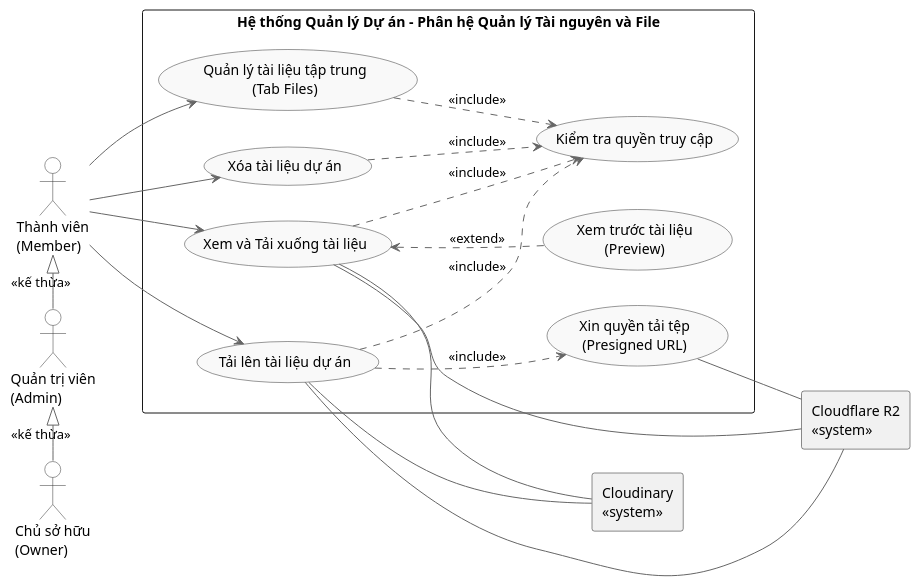
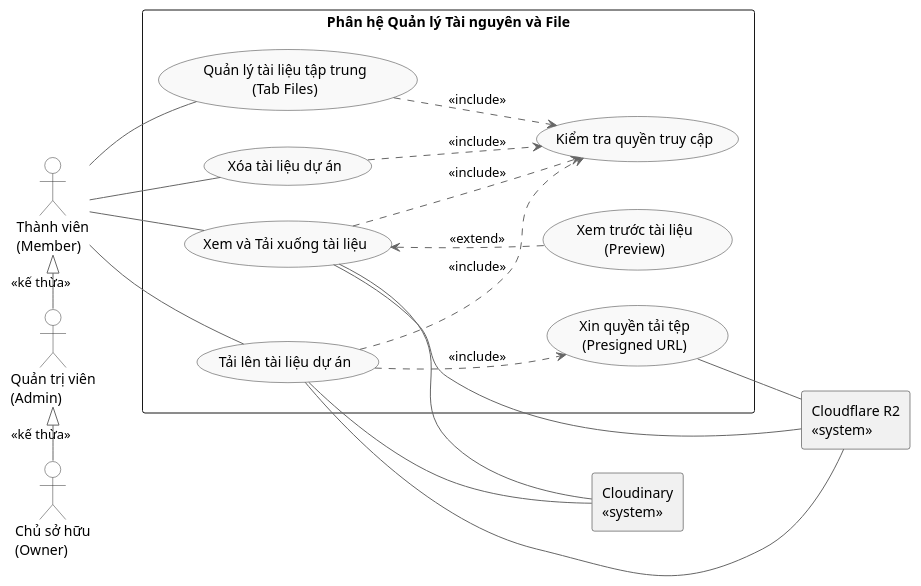
One commit to CongDanhIT/project-management-system-teamwork changed the diagram in tài liệu phân tích giai đoạn cuối/Function_AssetManagement.puml. Above: the diagram before and after it, drawn with PlantUML. The commit also changed 69 other files, not shown here.

First line of the commit message:
feat(analytics): nâng cấp hệ thống phân tích AI chuyên sâu và tối ưu xuất báo cáo Word

```diff
--- a/tài liệu phân tích giai đoạn cuối/Function_AssetManagement.puml
+++ b/tài liệu phân tích giai đoạn cuối/Function_AssetManagement.puml
@@ -1,69 +1,69 @@
 @startuml
 left to right direction
 skinparam packageStyle rectangle
 skinparam usecase {
     BackgroundColor #f9f9f9
     BorderColor #333333
     ArrowColor #666666
 }
 skinparam actor {
     BackgroundColor #ffffff
     BorderColor #333333
 }
 
 ' Định nghĩa các Actor con người (Human Actors)
 actor "Chủ sở hữu\n(Owner)" as Owner
 actor "Quản trị viên\n(Admin)" as Admin
 actor "Thành viên\n(Member)" as Member
 
 ' Định nghĩa Tác nhân hệ thống ngoài (External System Actors) dưới dạng hình chữ nhật
 rectangle "Cloudflare R2\n<<system>>" as R2
 rectangle "Cloudinary\n<<system>>" as Cloudinary
 
 ' Thiết lập quan hệ kế thừa (Generalization) giữa các Actor
 Owner -left-|> Admin : "<<kế thừa>>"
 Admin -left-|> Member : "<<kế thừa>>"
 
 ' Ranh giới hệ thống (System Boundary)
-rectangle "Hệ thống Quản lý Dự án - Phân hệ Quản lý Tài nguyên và File" {
+rectangle "Phân hệ Quản lý Tài nguyên và File" {
     
     ' Các Use Case nghiệp vụ chính (Base Use Cases)
     usecase "Tải lên tài liệu dự án" as UC_UploadFile
     usecase "Xem và Tải xuống tài liệu" as UC_DownloadFile
     usecase "Quản lý tài liệu tập trung\n(Tab Files)" as UC_ManageFilesTab
     usecase "Xóa tài liệu dự án" as UC_DeleteFile
 
     ' Các Use Case bổ trợ kỹ thuật (Included Use Cases)
     usecase "Xin quyền tải tệp\n(Presigned URL)" as UC_PresignedURL
     usecase "Kiểm tra quyền truy cập" as UC_CheckPermission
 
     ' Các Use Case mở rộng tùy chọn (Extended Use Cases)
     usecase "Xem trước tài liệu\n(Preview)" as UC_PreviewFile
 }
 
 ' Liên kết giữa Actor và Base Use Cases (Association - Đường liền nét)
-Member --> UC_UploadFile
-Member --> UC_DownloadFile
-Member --> UC_ManageFilesTab
-Member --> UC_DeleteFile
+Member -- UC_UploadFile
+Member -- UC_DownloadFile
+Member -- UC_ManageFilesTab
+Member -- UC_DeleteFile
 
 ' Quan hệ Bao gồm (<<include>>) - Đường nét đứt (..>), mũi tên chỉ từ Base đến Included
 UC_UploadFile ..> UC_CheckPermission : "<<include>>"
 UC_DownloadFile ..> UC_CheckPermission : "<<include>>"
 UC_ManageFilesTab ..> UC_CheckPermission : "<<include>>"
 UC_DeleteFile ..> UC_CheckPermission : "<<include>>"
 
 ' Tải lên tài liệu thì bắt buộc phải gọi API xin quyền Presigned URL từ R2
 UC_UploadFile ..> UC_PresignedURL : "<<include>>"
 
 ' Quan hệ Mở rộng (<<extend>>) - Đường nét đứt (..>), mũi tên chỉ từ Extended ngược về Base
 UC_PreviewFile .u.> UC_DownloadFile : "<<extend>>"
 
 ' Liên kết giữa Use Case và Tác nhân hệ thống ngoài (Association - Đường liền nét)
 UC_UploadFile -- R2
 UC_UploadFile -- Cloudinary
 UC_DownloadFile -- R2
 UC_DownloadFile -- Cloudinary
 UC_PresignedURL -- R2
 
 @enduml
```
